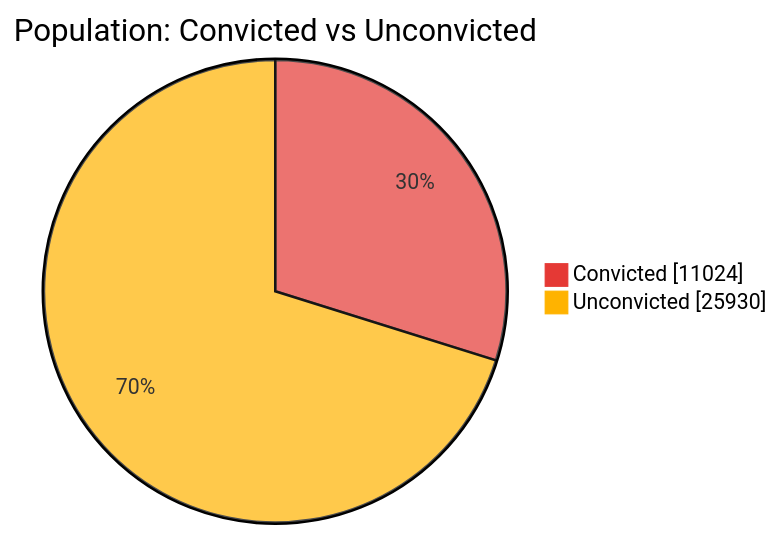
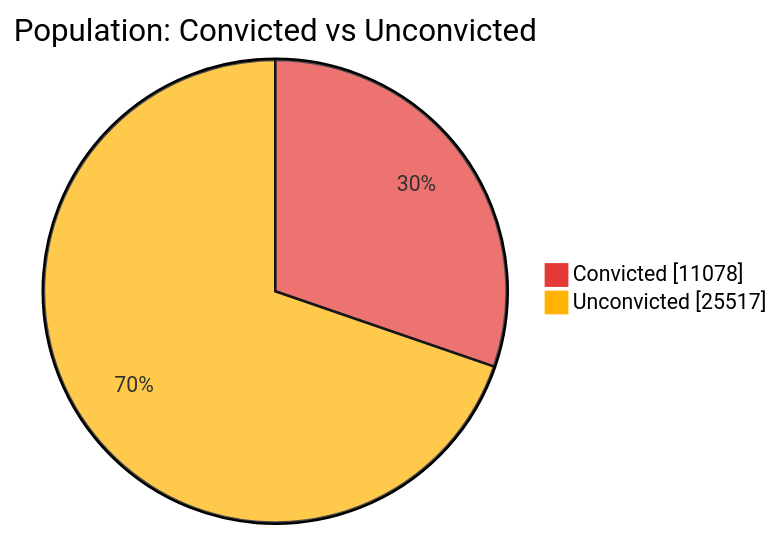
One commit to nuuuwan/lk_prisons changed the first of 7 diagrams in README.md. Above: the diagram before and after it, drawn with Mermaid. The commit also changed other lines of this file and 1 other file, not shown here.

````diff
--- a/README.md
+++ b/README.md
@@ -43,6 +43,6 @@
 ```mermaid
 %%{init: {'themeVariables': {'pie1': '#E53935', 'pie2': '#FFB300'}}}%%
 pie showData title Population: Convicted vs Unconvicted
-    "Convicted" : 11024
-    "Unconvicted" : 25930
+    "Convicted" : 11078
+    "Unconvicted" : 25517
 ```
````
